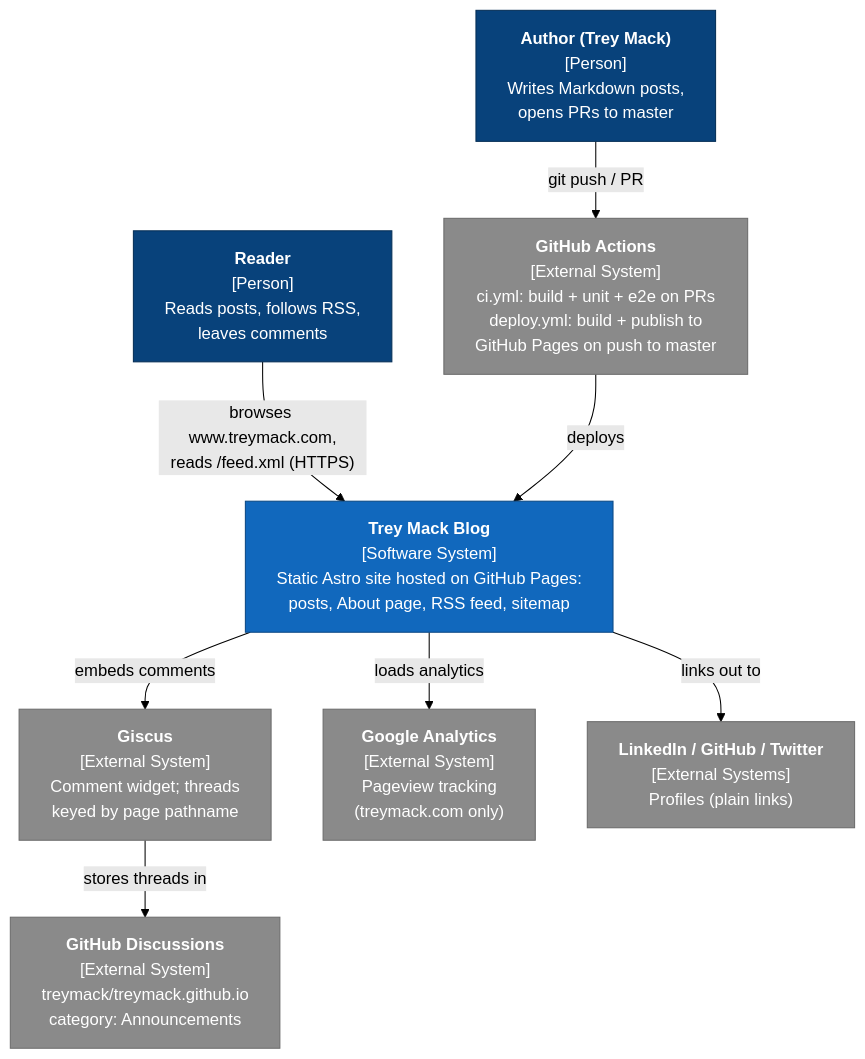
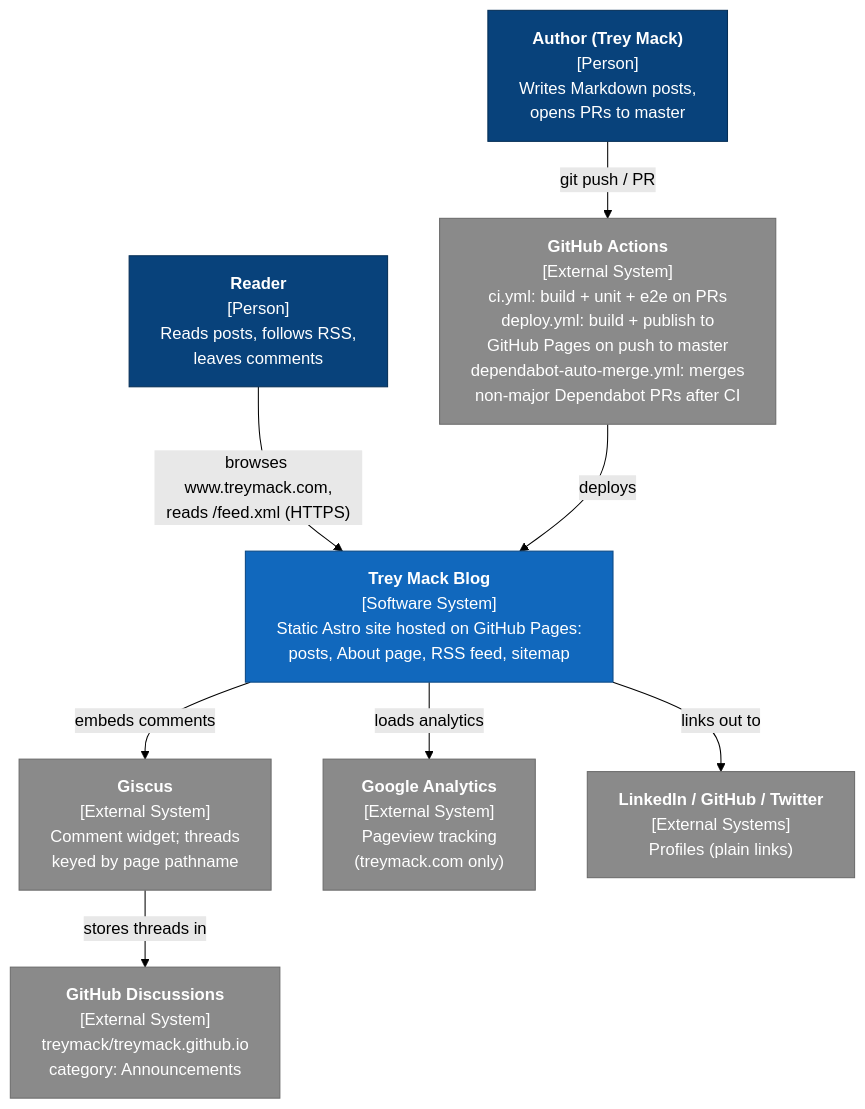
The first of 2 diagrams in docs/architecture.md (treymack/treymack.github.io), drawn with Mermaid (forest theme) before and after one commit. The commit also changed other lines of this file and 3 other files, not shown here.

Commit message:
Group Dependabot updates and auto-merge non-major ones after CI (#67)

````diff
--- a/docs/architecture.md
+++ b/docs/architecture.md
@@ -14,29 +14,29 @@
 ```mermaid
 %%{init: {"flowchart": {"wrappingWidth": 320}}}%%
 flowchart TB
   reader["<b>Reader</b><br/>[Person]<br/>Reads posts, follows RSS,<br/>leaves comments"]
   author["<b>Author (Trey Mack)</b><br/>[Person]<br/>Writes Markdown posts,<br/>opens PRs to master"]
 
   blog["<b>Trey Mack Blog</b><br/>[Software System]<br/>Static Astro site hosted on GitHub Pages:<br/>posts, About page, RSS feed, sitemap"]
 
-  actions["<b>GitHub Actions</b><br/>[External System]<br/>ci.yml: build + unit + e2e on PRs<br/>deploy.yml: build + publish to<br/>GitHub Pages on push to master"]
+  actions["<b>GitHub Actions</b><br/>[External System]<br/>ci.yml: build + unit + e2e on PRs<br/>deploy.yml: build + publish to<br/>GitHub Pages on push to master<br/>dependabot-auto-merge.yml: merges<br/>non-major Dependabot PRs after CI"]
   giscus["<b>Giscus</b><br/>[External System]<br/>Comment widget; threads<br/>keyed by page pathname"]
   ga["<b>Google Analytics</b><br/>[External System]<br/>Pageview tracking<br/>(treymack.com only)"]
   social["<b>LinkedIn / GitHub / Twitter</b><br/>[External Systems]<br/>Profiles (plain links)"]
   discussions["<b>GitHub Discussions</b><br/>[External System]<br/>treymack/treymack.github.io<br/>category: Announcements"]
 
   reader -->|"browses www.treymack.com,<br/>reads /feed.xml (HTTPS)"| blog
   author -->|"git push / PR"| actions
   actions -->|"deploys"| blog
   blog -->|"embeds comments"| giscus
   blog -->|"loads analytics"| ga
   blog -->|"links out to"| social
   giscus -->|"stores threads in"| discussions
 
   classDef person fill:#08427b,stroke:#052e56,color:#fff
   classDef system fill:#1168bd,stroke:#0b4884,color:#fff
   classDef external fill:#8a8a8a,stroke:#6b6b6b,color:#fff
   class reader,author person
   class blog system
   class actions,giscus,ga,social,discussions external
 ```
````
